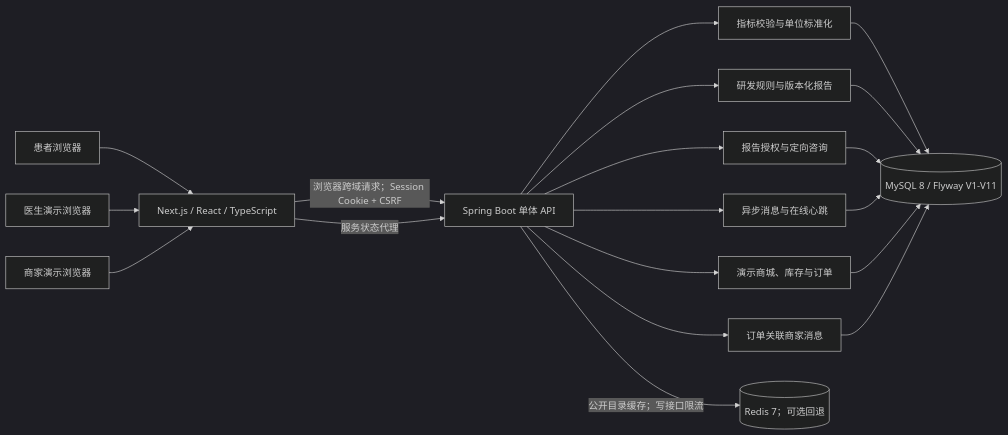
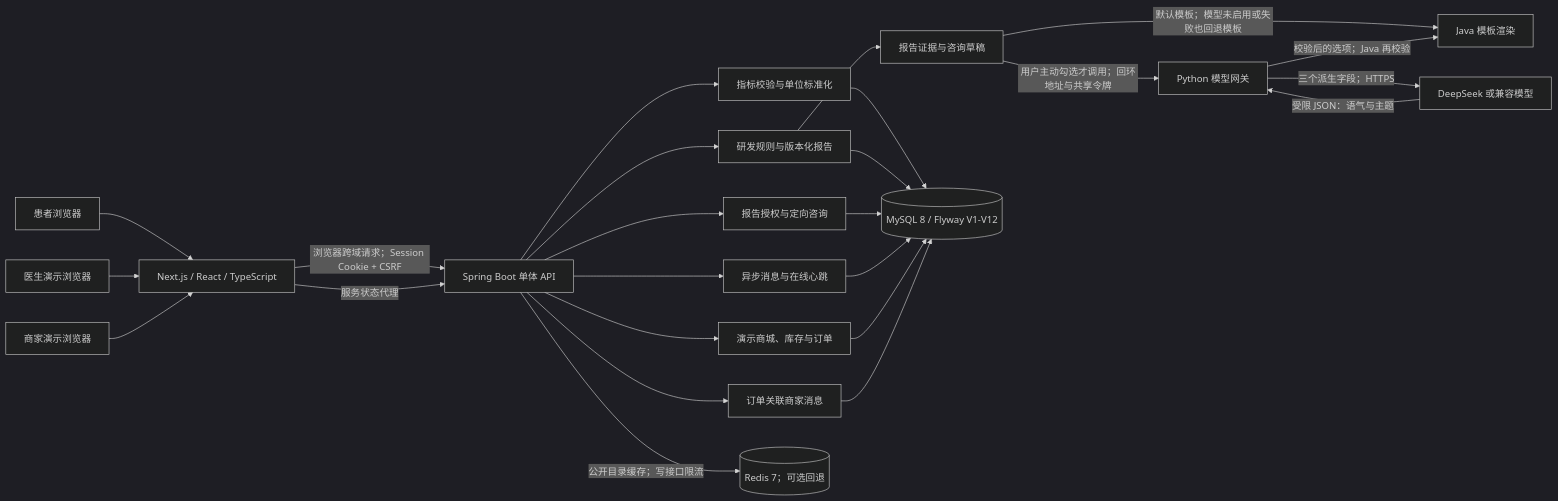
One commit to mxxx-account/JWZZ changed the diagram in docs/architecture.md. Above: the diagram before and after it, drawn with Mermaid (dark theme). The commit also changed other lines of this file and 6 other files, not shown here.

````diff
--- a/docs/architecture.md
+++ b/docs/architecture.md
@@ -5,16 +5,22 @@
 ```mermaid
 flowchart LR
   U[患者浏览器] --> N[Next.js / React / TypeScript]
   D[医生演示浏览器] --> N
   S[商家演示浏览器] --> N
   N -->|浏览器跨域请求；Session Cookie + CSRF| A[Spring Boot 单体 API]
   N -->|服务状态代理| A
   A --> I[指标校验与单位标准化]
   A --> R[研发规则与版本化报告]
+  R --> P[报告证据与咨询草稿]
+  P -->|默认模板；模型未启用或失败也回退模板| T[Java 模板渲染]
+  P -->|用户主动勾选才调用；回环地址与共享令牌| PY[Python 模型网关]
+  PY -->|三个派生字段；HTTPS| LLM[DeepSeek 或兼容模型]
+  LLM -->|受限 JSON：语气与主题| PY
+  PY -->|校验后的选项；Java 再校验| T
   A --> G[报告授权与定向咨询]
   A --> M[异步消息与在线心跳]
   A --> C[演示商城、库存与订单]
   A --> SM[订单关联商家消息]
-  I & R & G & M & C & SM --> SQL[(MySQL 8 / Flyway V1-V11)]
+  I & R & G & M & C & SM --> SQL[(MySQL 8 / Flyway V1-V12)]
   A -->|公开目录缓存；写接口限流| REDIS[(Redis 7；可选回退)]
 ```
````
